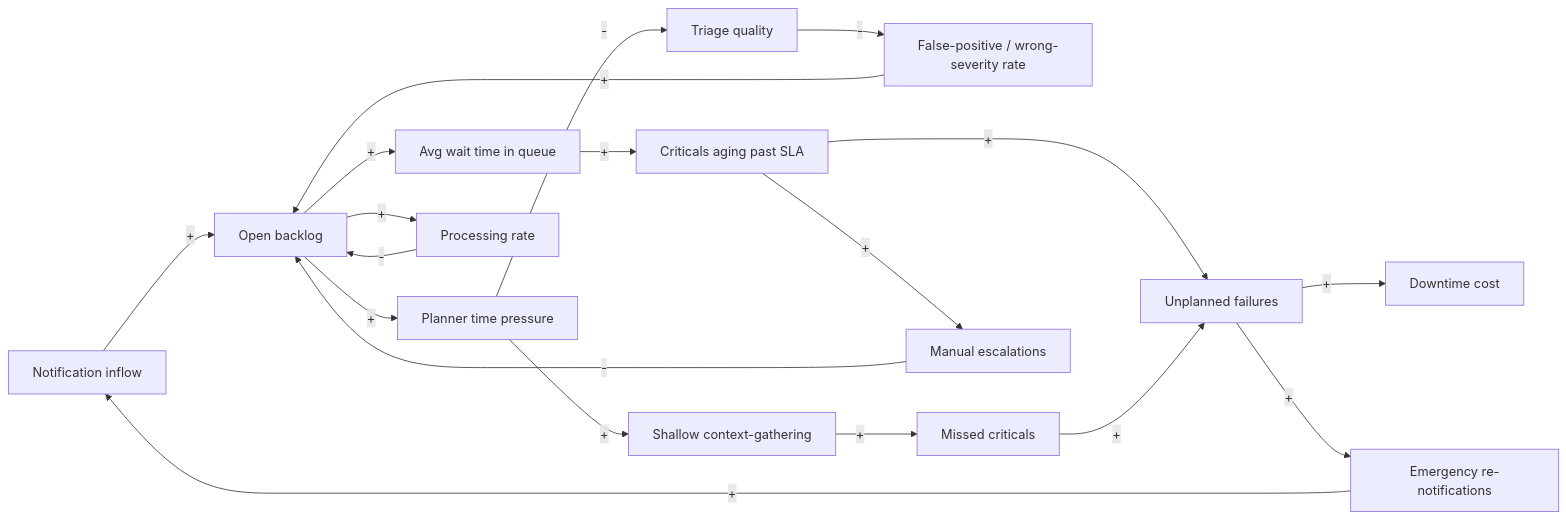
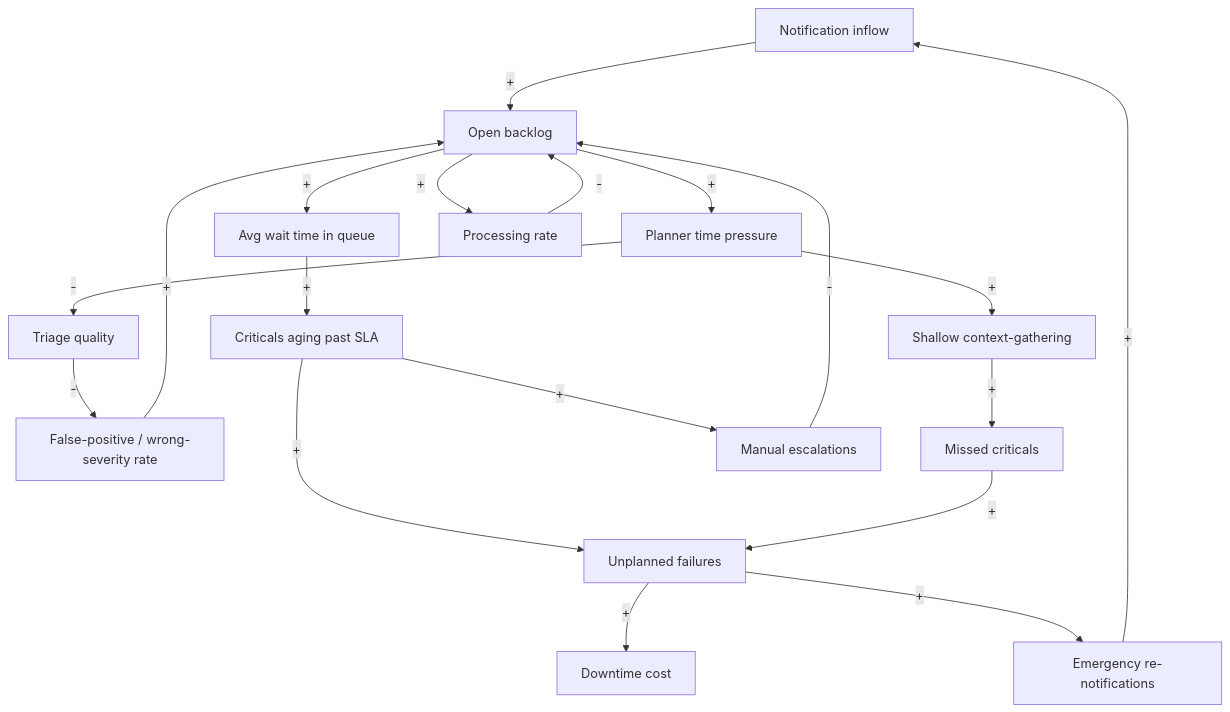
One commit to jayanthbagare/complete_book changed the first of 3 diagrams in book/03-part3-crestmount.md. Above: the diagram before and after it, drawn with Mermaid. The commit also changed other lines of this file and 9 other files, not shown here.

First line of the commit message:
Fix site layout and unreadable diagrams

````diff
--- a/book/03-part3-crestmount.md
+++ b/book/03-part3-crestmount.md
@@ -51,25 +51,25 @@
 ```mermaid
-graph LR
-  INFLOW[Notification inflow] -->|+| QUEUE[Open backlog]
-  QUEUE -->|+| WAIT[Avg wait time in queue]
-  WAIT -->|+| AGING[Criticals aging past SLA]
-  AGING -->|+| FAIL[Unplanned failures]
-  FAIL -->|+| DOWNTIME[Downtime cost]
-  FAIL -->|+| REWORK[Emergency re-notifications]
-  REWORK -->|+| INFLOW
+graph TD
+  INFLOW[Notification inflow] -->|#43;| QUEUE[Open backlog]
+  QUEUE -->|#43;| WAIT[Avg wait time in queue]
+  WAIT -->|#43;| AGING[Criticals aging past SLA]
+  AGING -->|#43;| FAIL[Unplanned failures]
+  FAIL -->|#43;| DOWNTIME[Downtime cost]
+  FAIL -->|#43;| REWORK[Emergency re-notifications]
+  REWORK -->|#43;| INFLOW
 
-  QUEUE -->|+| PRESSURE[Planner time pressure]
-  PRESSURE -->|-| QUALITY[Triage quality]
-  QUALITY -->|-| FALSEPOS[False-positive / wrong-severity rate]
-  FALSEPOS -->|+| QUEUE
+  QUEUE -->|#43;| PRESSURE[Planner time pressure]
+  PRESSURE -->|#45;| QUALITY[Triage quality]
+  QUALITY -->|#45;| FALSEPOS[False-positive / wrong-severity rate]
+  FALSEPOS -->|#43;| QUEUE
 
-  PRESSURE -->|+| SHORTCUT[Shallow context-gathering]
-  SHORTCUT -->|+| MISSCRIT[Missed criticals]
-  MISSCRIT -->|+| FAIL
+  PRESSURE -->|#43;| SHORTCUT[Shallow context-gathering]
+  SHORTCUT -->|#43;| MISSCRIT[Missed criticals]
+  MISSCRIT -->|#43;| FAIL
 
-  QUEUE -->|+| PROC[Processing rate]
-  PROC -->|-| QUEUE
+  QUEUE -->|#43;| PROC[Processing rate]
+  PROC -->|#45;| QUEUE
 
-  AGING -->|+| ESCALATE[Manual escalations]
-  ESCALATE -->|-| QUEUE
+  AGING -->|#43;| ESCALATE[Manual escalations]
+  ESCALATE -->|#45;| QUEUE
 ```
````
